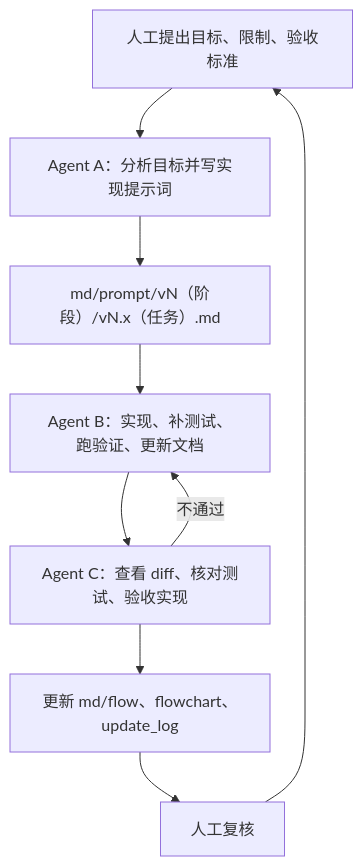
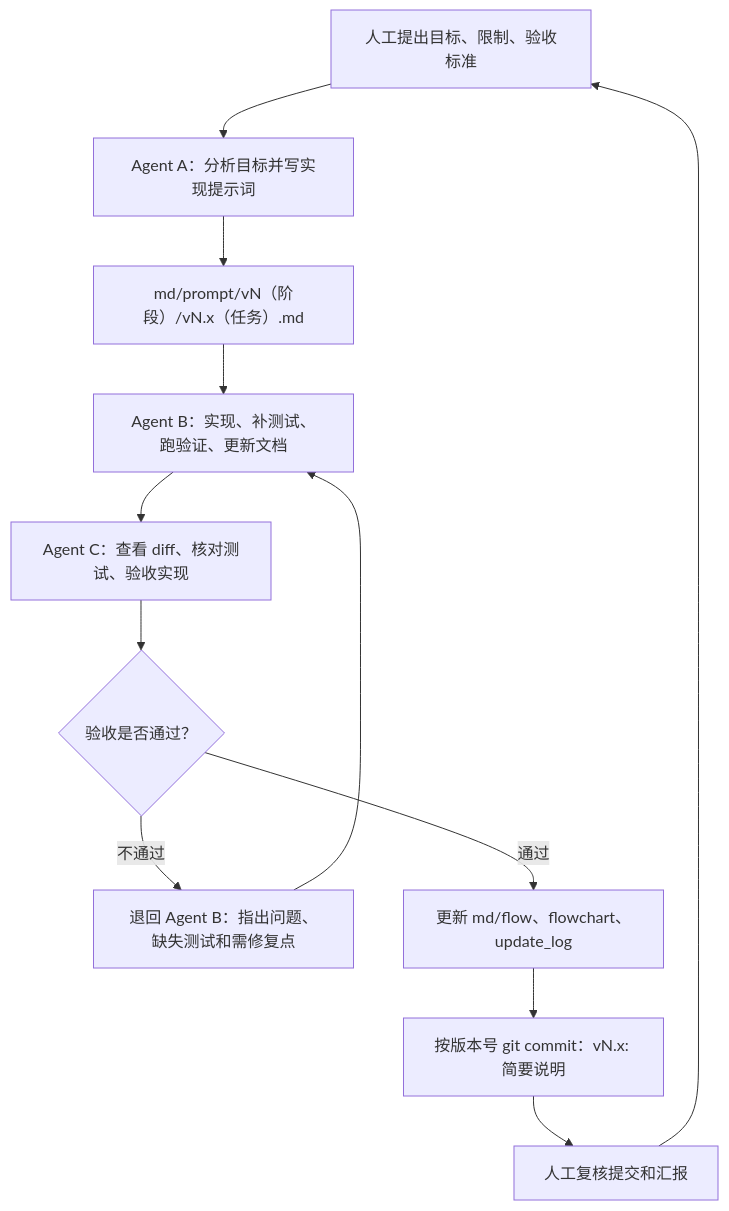
One commit to Altman-sam114/116 changed the fourth of 4 diagrams in md/flow/flowchart.md. Above: the diagram before and after it, drawn with Mermaid. The commit also changed other lines of this file and 3 other files, not shown here.

````diff
--- a/md/flow/flowchart.md
+++ b/md/flow/flowchart.md
@@ -73,11 +73,14 @@
 ```mermaid
 flowchart TD
   H["人工提出目标、限制、验收标准"] --> A["Agent A：分析目标并写实现提示词"]
   A --> P["md/prompt/vN（阶段）/vN.x（任务）.md"]
   P --> B["Agent B：实现、补测试、跑验证、更新文档"]
   B --> C["Agent C：查看 diff、核对测试、验收实现"]
-  C --> F["更新 md/flow、flowchart、update_log"]
-  F --> R["人工复核"]
+  C --> D{"验收是否通过？"}
+  D -->|不通过| B2["退回 Agent B：指出问题、缺失测试和需修复点"]
+  B2 --> B
+  D -->|通过| F["更新 md/flow、flowchart、update_log"]
+  F --> G["按版本号 git commit：vN.x: 简要说明"]
+  G --> R["人工复核提交和汇报"]
   R --> H
-  C -->|不通过| B
 ```
````
